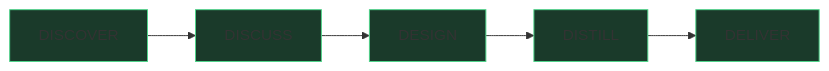
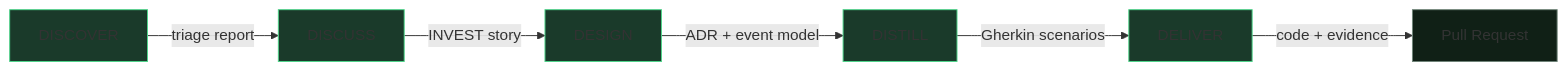
The diagram in docs/site/en/pipeline/index.md (SebastienDegodez/skraft-plugin), drawn with Mermaid before and after one commit. The commit also changed other lines of this file and 17 other files, not shown here.

````diff
--- a/docs/site/en/pipeline/index.md
+++ b/docs/site/en/pipeline/index.md
@@ -12,12 +14,14 @@
 ```mermaid
 graph LR
-    D[DISCOVER] --> DI[DISCUSS]
-    DI --> DE[DESIGN]
-    DE --> DIS[DISTILL]
-    DIS --> DEL[DELIVER]
+    D[DISCOVER] -->|triage report| DI[DISCUSS]
+    DI -->|INVEST story| DE[DESIGN]
+    DE -->|ADR + event model| DIS[DISTILL]
+    DIS -->|Gherkin scenarios| DEL[DELIVER]
+    DEL -->|code + evidence| PR[Pull Request]
     style D fill:#1a3a2a,stroke:#4ed58a
     style DI fill:#1a3a2a,stroke:#4ed58a
     style DE fill:#1a3a2a,stroke:#4ed58a
     style DIS fill:#1a3a2a,stroke:#4ed58a
     style DEL fill:#1a3a2a,stroke:#4ed58a
+    style PR fill:#102016,stroke:#6f8478
 ```
````
